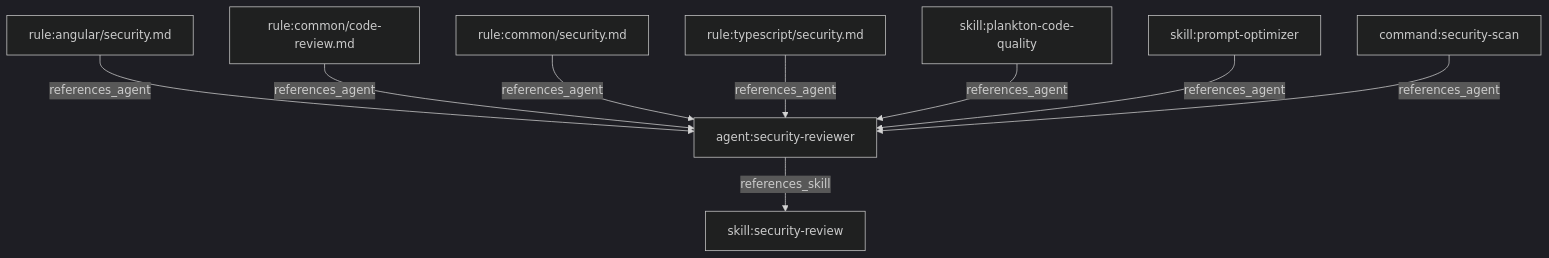
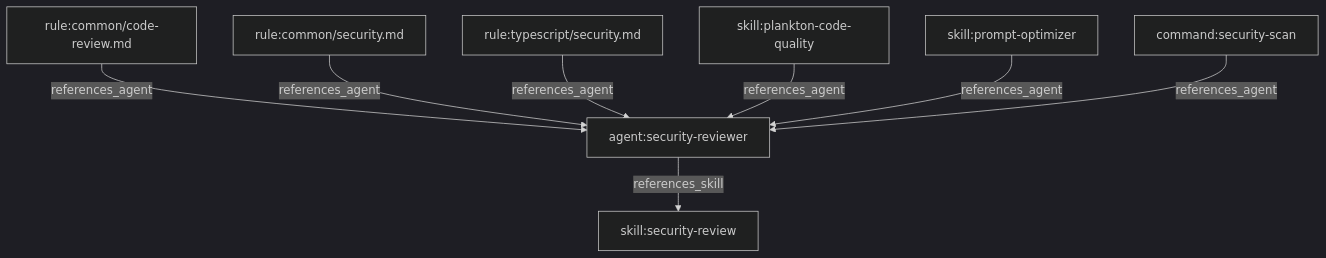
One commit to coderofmutou/ecc-custom changed the seventh of 10 diagrams in .claude/skills/dependency-graph/DEPENDENCY-GRAPH.md. Above: the diagram before and after it, drawn with Mermaid (dark theme). The commit also changed other lines of this file and 95 other files, not shown here.

````diff
--- a/.claude/skills/dependency-graph/DEPENDENCY-GRAPH.md
+++ b/.claude/skills/dependency-graph/DEPENDENCY-GRAPH.md
@@ -354,11 +263,10 @@
 ```mermaid
 graph TD
-  rule_angular_security_md["rule:angular/security.md"] -->|references_agent| agent_security_reviewer["agent:security-reviewer"]
   rule_common_code_review_md["rule:common/code-review.md"] -->|references_agent| agent_security_reviewer["agent:security-reviewer"]
   rule_common_security_md["rule:common/security.md"] -->|references_agent| agent_security_reviewer["agent:security-reviewer"]
   rule_typescript_security_md["rule:typescript/security.md"] -->|references_agent| agent_security_reviewer["agent:security-reviewer"]
   skill_plankton_code_quality["skill:plankton-code-quality"] -->|references_agent| agent_security_reviewer["agent:security-reviewer"]
   skill_prompt_optimizer["skill:prompt-optimizer"] -->|references_agent| agent_security_reviewer["agent:security-reviewer"]
   agent_security_reviewer["agent:security-reviewer"] -->|references_skill| skill_security_review["skill:security-review"]
   command_security_scan["command:security-scan"] -->|references_agent| agent_security_reviewer["agent:security-reviewer"]
 ```
````
